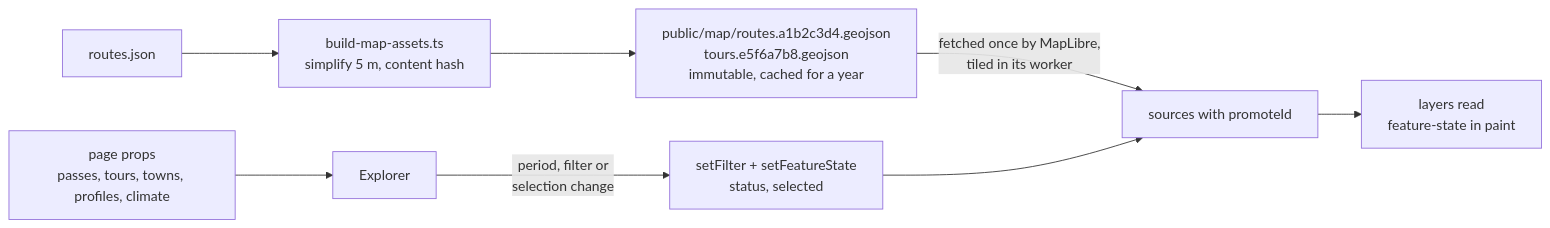
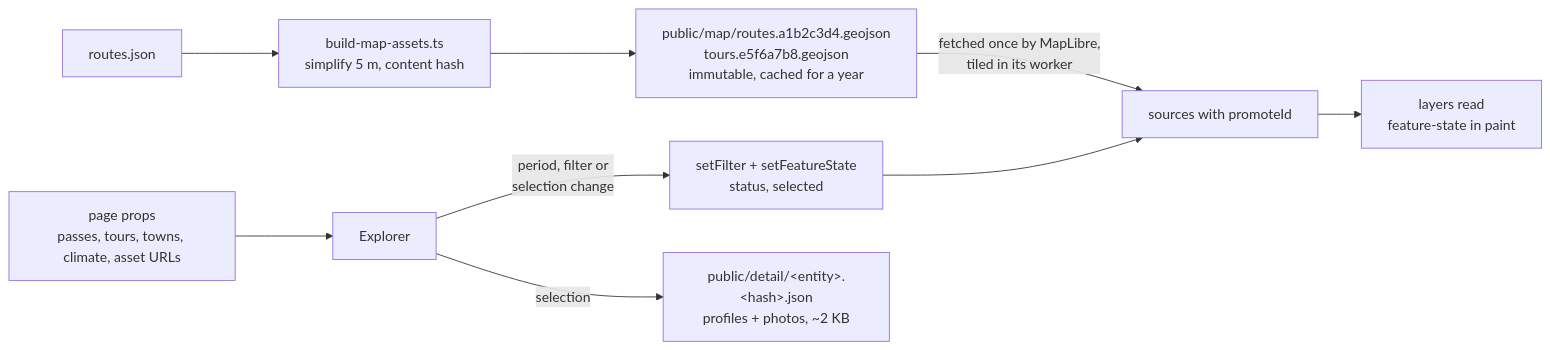
One commit to mdugue/alpen changed the diagram in README.md. Above: the diagram before and after it, drawn with Mermaid. The commit also changed other lines of this file and 11 other files, not shown here.

````diff
--- a/README.md
+++ b/README.md
@@ -61,10 +69,11 @@
 ```mermaid
 flowchart LR
   J["routes.json"] --> B["build-map-assets.ts<br/>simplify 5 m, content hash"]
   B --> G["public/map/routes.a1b2c3d4.geojson<br/>tours.e5f6a7b8.geojson<br/>immutable, cached for a year"]
   G -- "fetched once by MapLibre,<br/>tiled in its worker" --> M["sources with promoteId"]
-  P["page props<br/>passes, tours, towns, profiles, climate"] --> X["Explorer"]
+  P["page props<br/>passes, tours, towns, climate, asset URLs"] --> X["Explorer"]
   X -- "period, filter or<br/>selection change" --> F["setFilter + setFeatureState<br/>status, selected"]
   F --> M
   M --> L["layers read<br/>feature-state in paint"]
+  X -- "selection" --> D["public/detail/&lt;entity&gt;.&lt;hash&gt;.json<br/>profiles + photos, ~2 KB"]
 ```
````
